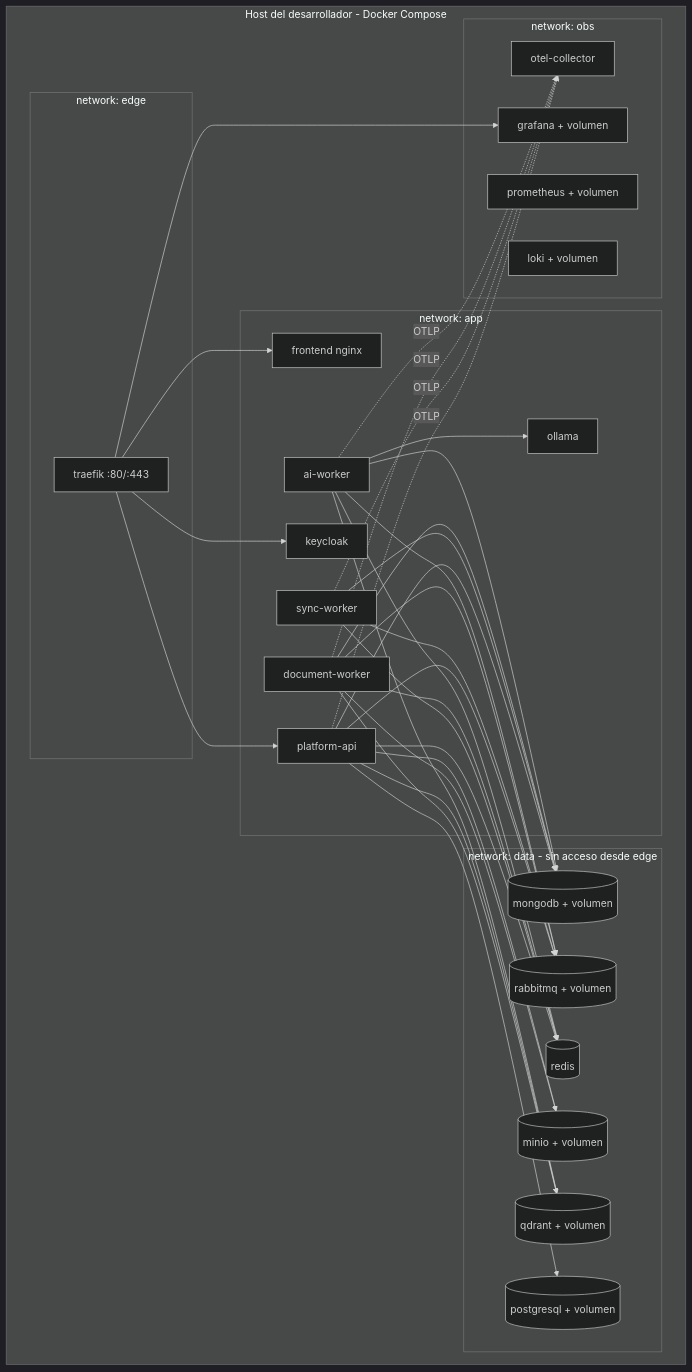
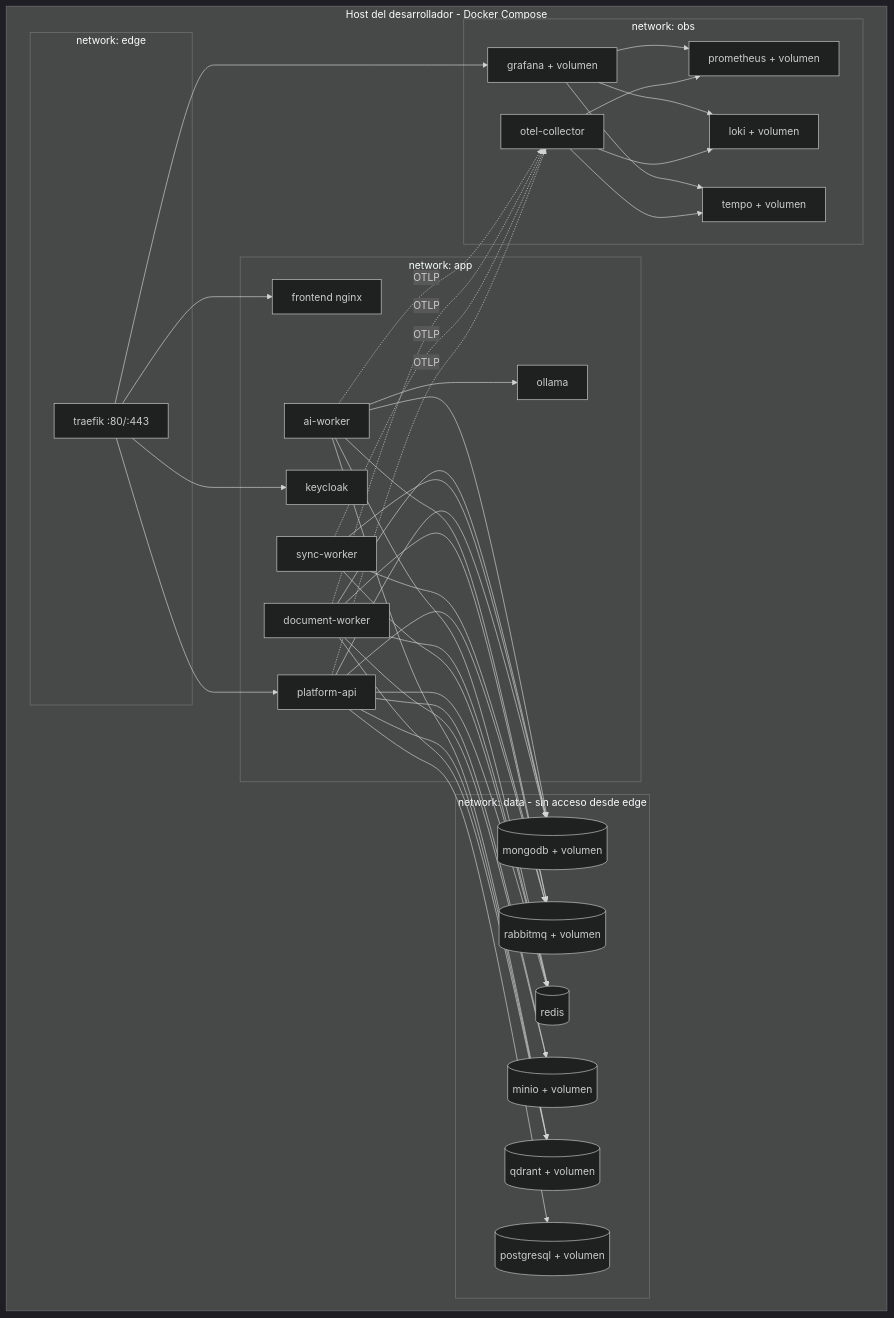
One commit to vicentico/compra_agil_ai_simulacion_oci changed the diagram in docs/04-architecture/04-deployment-diagram.md. Above: the diagram before and after it, drawn with Mermaid (dark theme). The commit also changed 48 other files, not shown here.

````diff
--- a/docs/04-architecture/04-deployment-diagram.md
+++ b/docs/04-architecture/04-deployment-diagram.md
@@ -3,37 +3,40 @@
 ```mermaid
 flowchart TB
     subgraph Host[Host del desarrollador - Docker Compose]
         subgraph net_edge[network: edge]
             TR[traefik :80/:443]
         end
         subgraph net_app[network: app]
             SPA[frontend nginx]
             API[platform-api]
             SW[sync-worker]
             DW[document-worker]
             AIW[ai-worker]
             KC[keycloak]
             OLL[ollama]
         end
         subgraph net_data[network: data - sin acceso desde edge]
             MDB[(mongodb + volumen)]
             PG[(postgresql + volumen)]
             MIO[(minio + volumen)]
             QD[(qdrant + volumen)]
             RD[(redis)]
             MQ[(rabbitmq + volumen)]
         end
         subgraph net_obs[network: obs]
             OTL[otel-collector]
             PROM[prometheus + volumen]
             GRAF[grafana + volumen]
             LOKI[loki + volumen]
+            TEMPO[tempo + volumen]
         end
     end
     TR --> SPA & API & KC & GRAF
     API & SW & DW & AIW --> MDB & MQ & RD
     DW --> MIO & QD
     API --> MIO & QD & PG
     AIW --> QD & OLL
     API & SW & DW & AIW -.OTLP.-> OTL
+    OTL --> PROM & LOKI & TEMPO
+    GRAF --> PROM & LOKI & TEMPO
 ```
````
